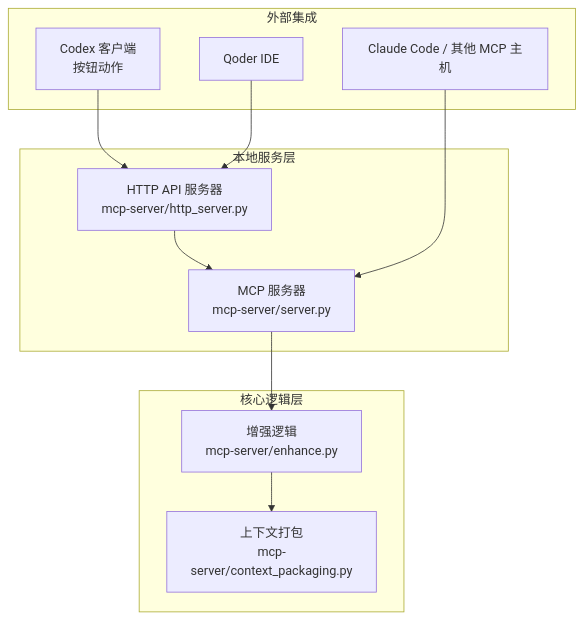
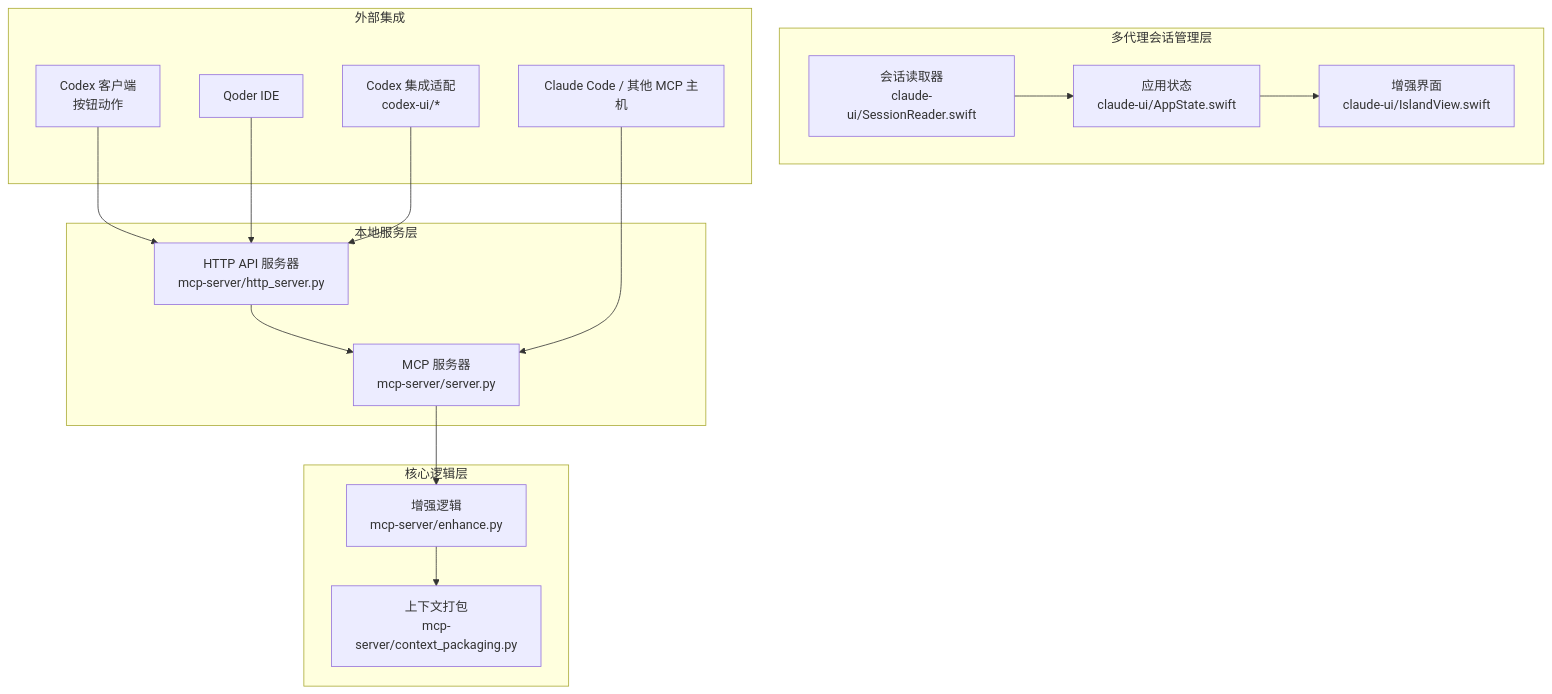
The first of 10 diagrams in .qoder/repowiki/zh/content/集成指南/Codex 集成.md (WyRainBow/PromptCocoPilot), drawn with Mermaid before and after one commit. The commit also changed other lines of this file and 134 other files, not shown here.

First line of the commit message:
feat(claude-ui): Invoko-style cloud island — Rive mascot, fold-cue dock, animations

````diff
--- a/.qoder/repowiki/zh/content/集成指南/Codex 集成.md
+++ b/.qoder/repowiki/zh/content/集成指南/Codex 集成.md
@@ -43,22 +56,31 @@
 ```mermaid
 graph TB
 subgraph "本地服务层"
 HTTP["HTTP API 服务器<br/>mcp-server/http_server.py"]
 MCP["MCP 服务器<br/>mcp-server/server.py"]
 end
 subgraph "核心逻辑层"
 Enhance["增强逻辑<br/>mcp-server/enhance.py"]
 Ctx["上下文打包<br/>mcp-server/context_packaging.py"]
 end
+subgraph "多代理会话管理层"
+SessionReader["会话读取器<br/>claude-ui/SessionReader.swift"]
+AppState["应用状态<br/>claude-ui/AppState.swift"]
+IslandView["增强界面<br/>claude-ui/IslandView.swift"]
+end
 subgraph "外部集成"
 Codex["Codex 客户端<br/>按钮动作"]
 Claude["Claude Code / 其他 MCP 主机"]
 Qoder["Qoder IDE"]
+CodexUI["Codex 集成适配<br/>codex-ui/*"]
 end
 Codex --> HTTP
 HTTP --> MCP
 MCP --> Enhance
 Enhance --> Ctx
 Claude --> MCP
 Qoder --> HTTP
+CodexUI --> HTTP
+SessionReader --> AppState
+AppState --> IslandView
 ```
````
